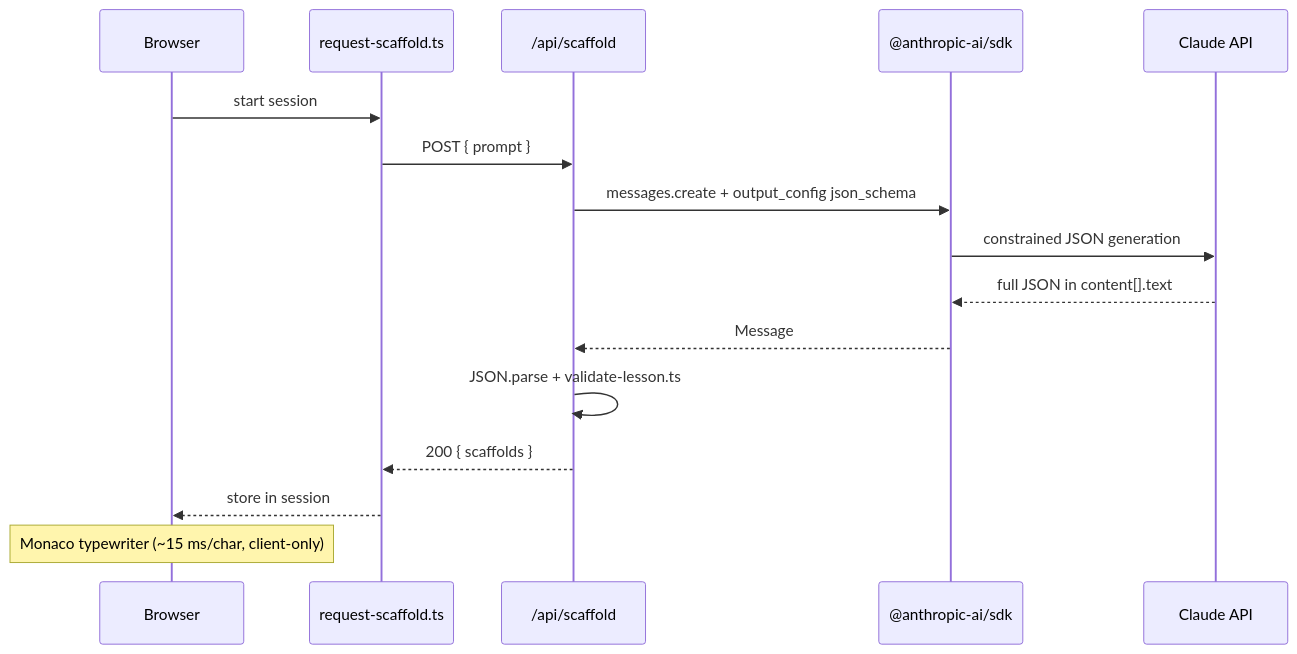
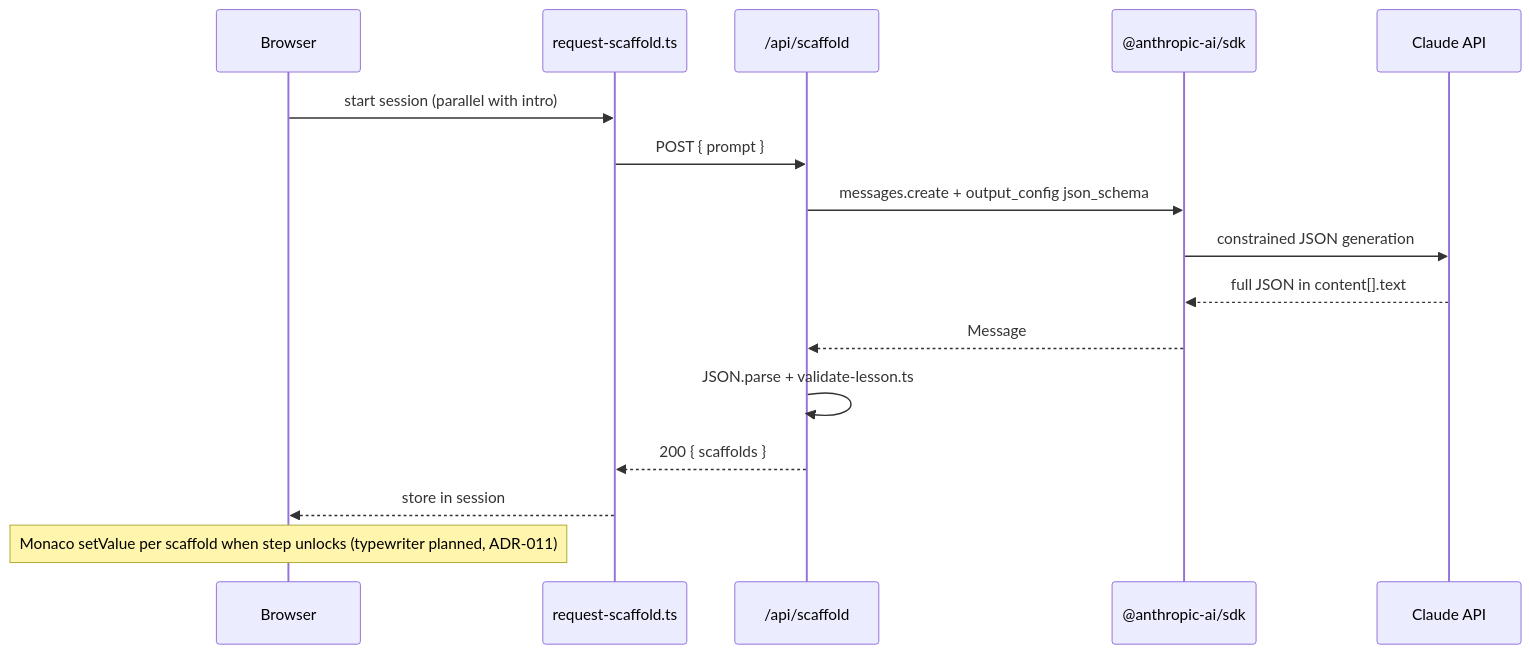
The third of 5 diagrams in docs/architecture.md (alke0001/scaffy), drawn with Mermaid before and after one commit. The commit also changed other lines of this file and 5 other files, not shown here.

First line of the commit message:
docs: Update documentation to reflect new session intro and API changes

````diff
--- a/docs/architecture.md
+++ b/docs/architecture.md
@@ -116,19 +117,19 @@
 ```mermaid
 sequenceDiagram
   participant B as Browser
   participant R as request-scaffold.ts
   participant S as /api/scaffold
   participant SDK as @anthropic-ai/sdk
   participant C as Claude API
 
-  B->>R: start session
+  B->>R: start session (parallel with intro)
   R->>S: POST { prompt }
   S->>SDK: messages.create + output_config json_schema
   SDK->>C: constrained JSON generation
   C-->>SDK: full JSON in content[].text
   SDK-->>S: Message
   S->>S: JSON.parse + validate-lesson.ts
   S-->>R: 200 { scaffolds }
   R-->>B: store in session
-  Note over B: Monaco typewriter (~15 ms/char, client-only)
+  Note over B: Monaco setValue per scaffold when step unlocks (typewriter planned, ADR-011)
 ```
````
